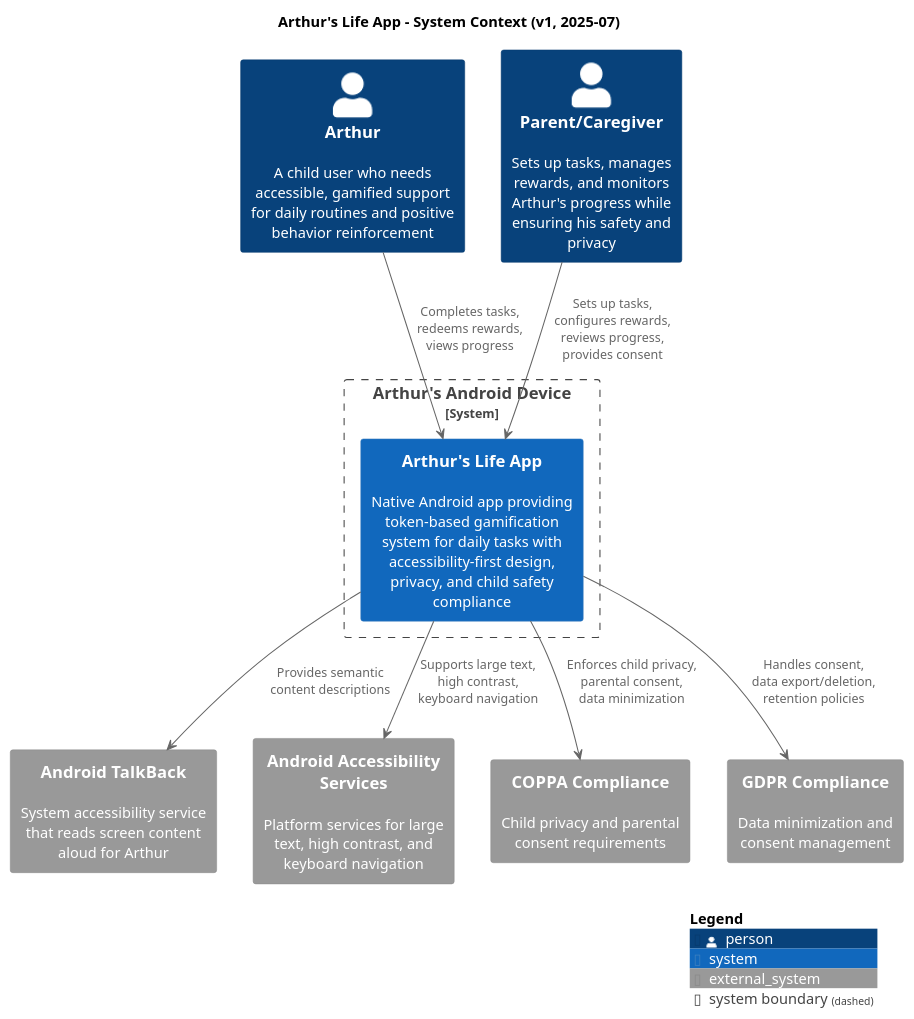
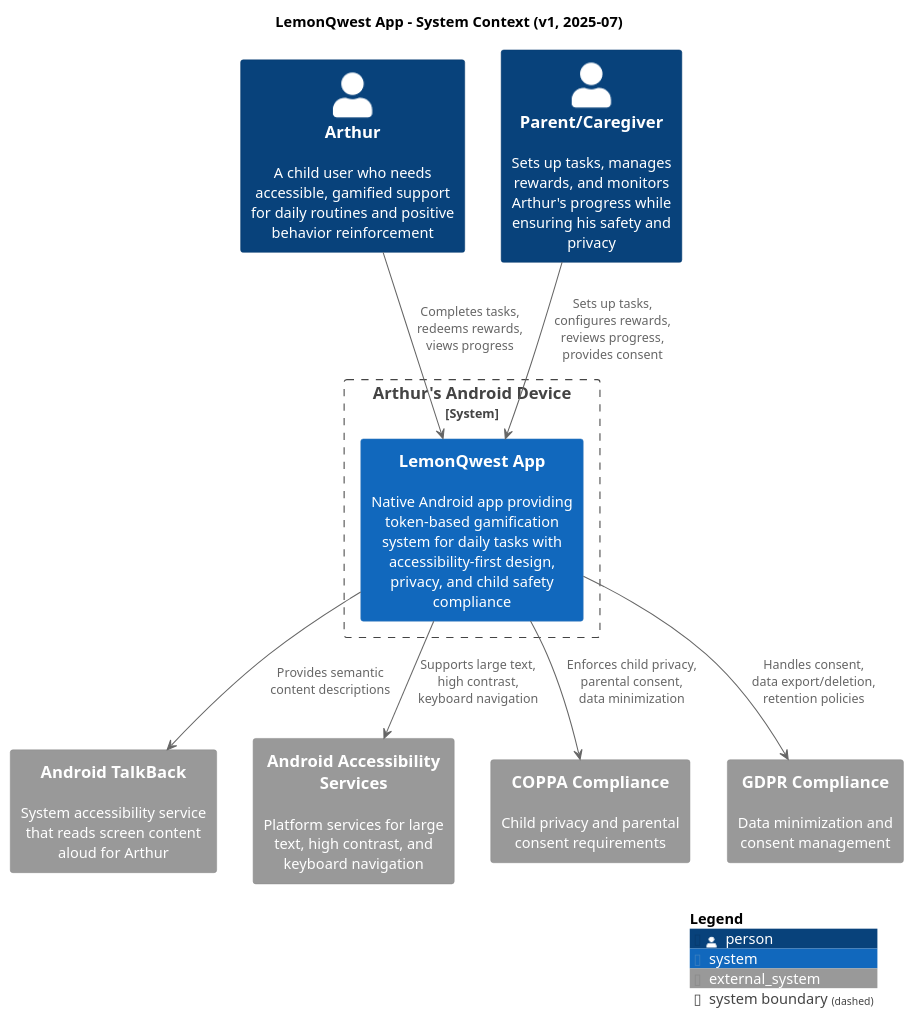
One commit to almeidaraphael/arthurs-life-app changed the diagram in docs/diagrams/c4-context.puml. Above: the diagram before and after it, drawn with PlantUML. The commit also changed 778 other files, not shown here.

First line of the commit message:
refactor: rename Arthurs Life App to LemonQwest across codebase and documentation

```diff
--- a/docs/diagrams/c4-context.puml
+++ b/docs/diagrams/c4-context.puml
@@ -1,27 +1,27 @@
 @startuml c4-context
 !includeurl https://raw.githubusercontent.com/plantuml-stdlib/C4-PlantUML/master/C4_Context.puml
 
 LAYOUT_WITH_LEGEND()
 
-title Arthur's Life App - System Context (v1, 2025-07)
+title LemonQwest App - System Context (v1, 2025-07)
 
 Person(arthur, "Arthur", "A child user who needs accessible, gamified support for daily routines and positive behavior reinforcement")
 Person(parent, "Parent/Caregiver", "Sets up tasks, manages rewards, and monitors Arthur's progress while ensuring his safety and privacy")
 System_Ext(talkback, "Android TalkBack", "System accessibility service that reads screen content aloud for Arthur")
 System_Ext(accessibility, "Android Accessibility Services", "Platform services for large text, high contrast, and keyboard navigation")
 System_Ext(coppa, "COPPA Compliance", "Child privacy and parental consent requirements")
 System_Ext(gdpr, "GDPR Compliance", "Data minimization and consent management")
 
 System_Boundary(device, "Arthur's Android Device") {
-  System(arthurslife, "Arthur's Life App", "Native Android app providing token-based gamification system for daily tasks with accessibility-first design, privacy, and child safety compliance")
+  System(lemonqwest, "LemonQwest App", "Native Android app providing token-based gamification system for daily tasks with accessibility-first design, privacy, and child safety compliance")
 }
 
-arthur --> arthurslife : "Completes tasks,\nredeems rewards,\nviews progress"
-parent --> arthurslife : "Sets up tasks,\nconfigures rewards,\nreviews progress,\nprovides consent"
-arthurslife --> talkback : "Provides semantic\ncontent descriptions"
-arthurslife --> accessibility : "Supports large text,\nhigh contrast,\nkeyboard navigation"
-arthurslife --> coppa : "Enforces child privacy,\nparental consent,\ndata minimization"
-arthurslife --> gdpr : "Handles consent,\ndata export/deletion,\nretention policies"
+arthur --> lemonqwest : "Completes tasks,\nredeems rewards,\nviews progress"
+parent --> lemonqwest : "Sets up tasks,\nconfigures rewards,\nreviews progress,\nprovides consent"
+lemonqwest --> talkback : "Provides semantic\ncontent descriptions"
+lemonqwest --> accessibility : "Supports large text,\nhigh contrast,\nkeyboard navigation"
+lemonqwest --> coppa : "Enforces child privacy,\nparental consent,\ndata minimization"
+lemonqwest --> gdpr : "Handles consent,\ndata export/deletion,\nretention policies"
 
 SHOW_LEGEND()
 @enduml
```
